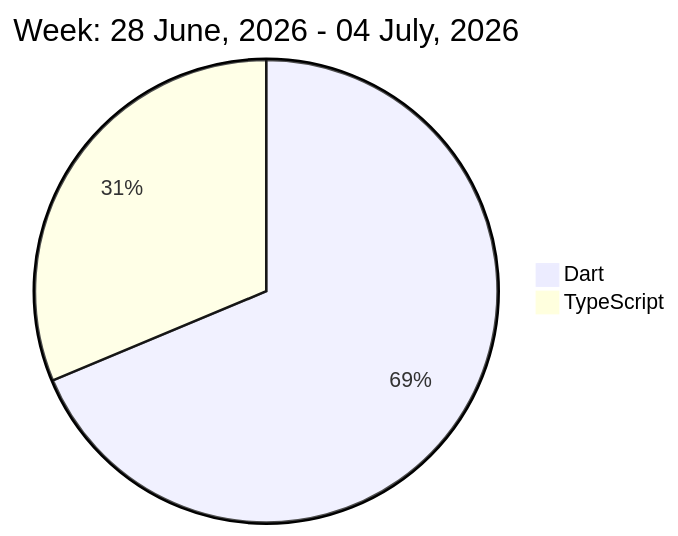
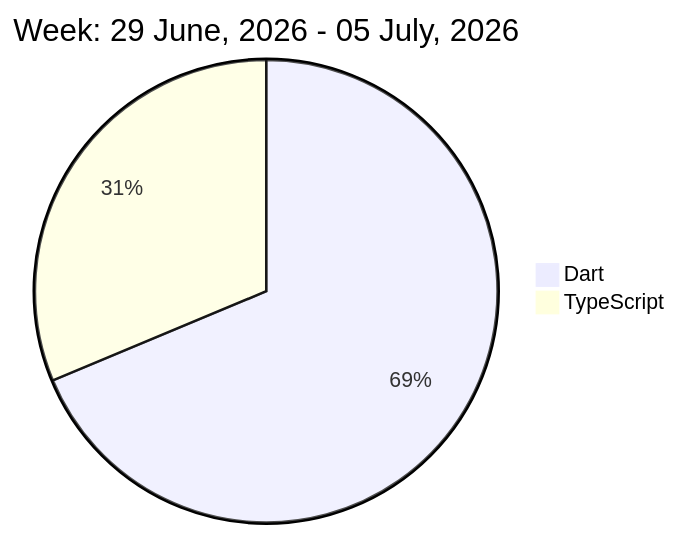
One commit to liubin95/liubin95 changed the diagram in README.md. Above: the diagram before and after it, drawn with Mermaid.

Commit message:
Updated the Graph with new Metrics

````diff
--- a/README.md
+++ b/README.md
@@ -32,6 +32,6 @@
 ```mermaid
  pie
-title Week: 28 June, 2026 - 04 July, 2026
+title Week: 29 June, 2026 - 05 July, 2026
  "Dart" : 6.87
  "TypeScript" : 3.13
 ```
````
